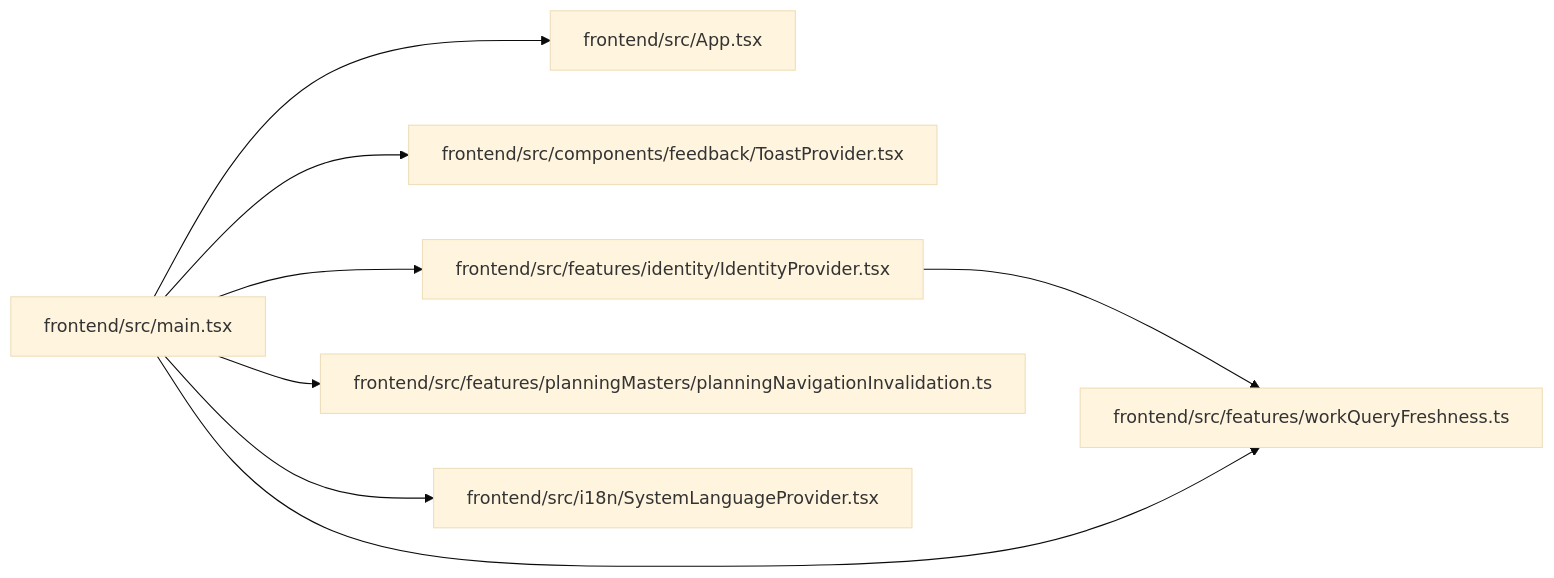
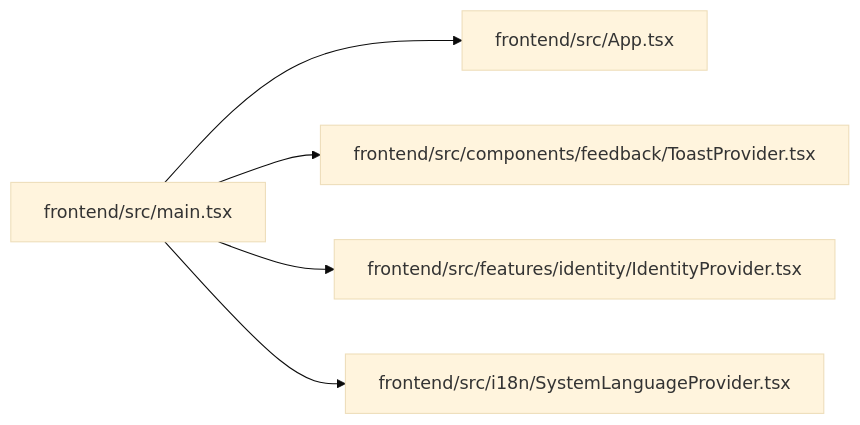
One commit to Denissvgn/WorkChord changed the diagram in docs/llm_wiki/modules/src_main.md. Above: the diagram before and after it, drawn with Mermaid (base theme). The commit also changed other lines of this file and 10148 other files, not shown here.

````diff
--- a/docs/llm_wiki/modules/src_main.md
+++ b/docs/llm_wiki/modules/src_main.md
@@ -34,24 +32,17 @@
 ```mermaid
 flowchart LR
     n0["frontend/src/App.tsx"]
     n1["frontend/src/components/feedback/ToastProvider.tsx"]
     n2["frontend/src/features/identity/IdentityProvider.tsx"]
-    n3["frontend/src/features/planningMasters/planningNavigationInvalidation.ts"]
-    n4["frontend/src/features/workQueryFreshness.ts"]
-    n5["frontend/src/i18n/SystemLanguageProvider.tsx"]
-    n6["frontend/src/main.tsx"]
-    n2 --> n4
-    n6 --> n0
-    n6 --> n1
-    n6 --> n2
-    n6 --> n3
-    n6 --> n4
-    n6 --> n5
+    n3["frontend/src/i18n/SystemLanguageProvider.tsx"]
+    n4["frontend/src/main.tsx"]
+    n4 --> n0
+    n4 --> n1
+    n4 --> n2
+    n4 --> n3
     click n0 "../modules/App.md"
     click n1 "../modules/ToastProvider.md"
     click n2 "../modules/IdentityProvider.md"
-    click n3 "../modules/planningNavigationInvalidation.md"
-    click n4 "../modules/workQueryFreshness.md"
-    click n5 "../modules/SystemLanguageProvider.md"
-    click n6 "../modules/src_main.md"
+    click n3 "../modules/SystemLanguageProvider.md"
+    click n4 "../modules/src_main.md"
 ```
````
